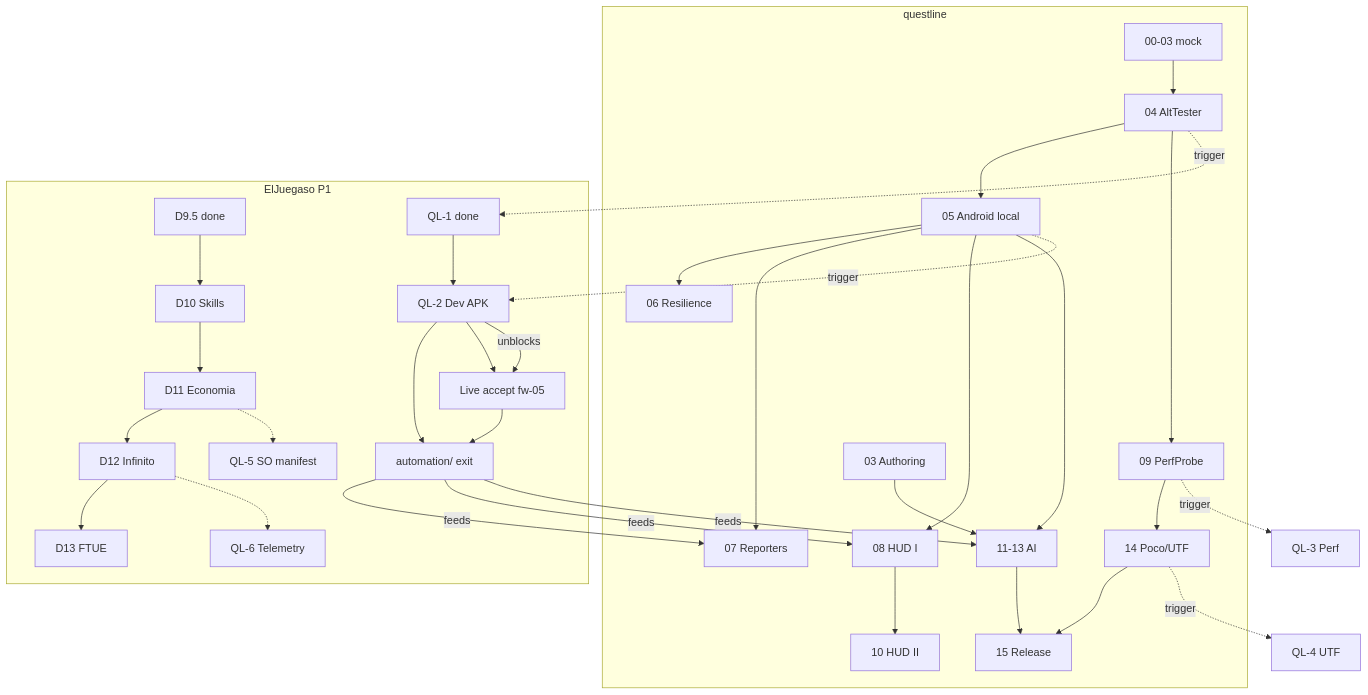
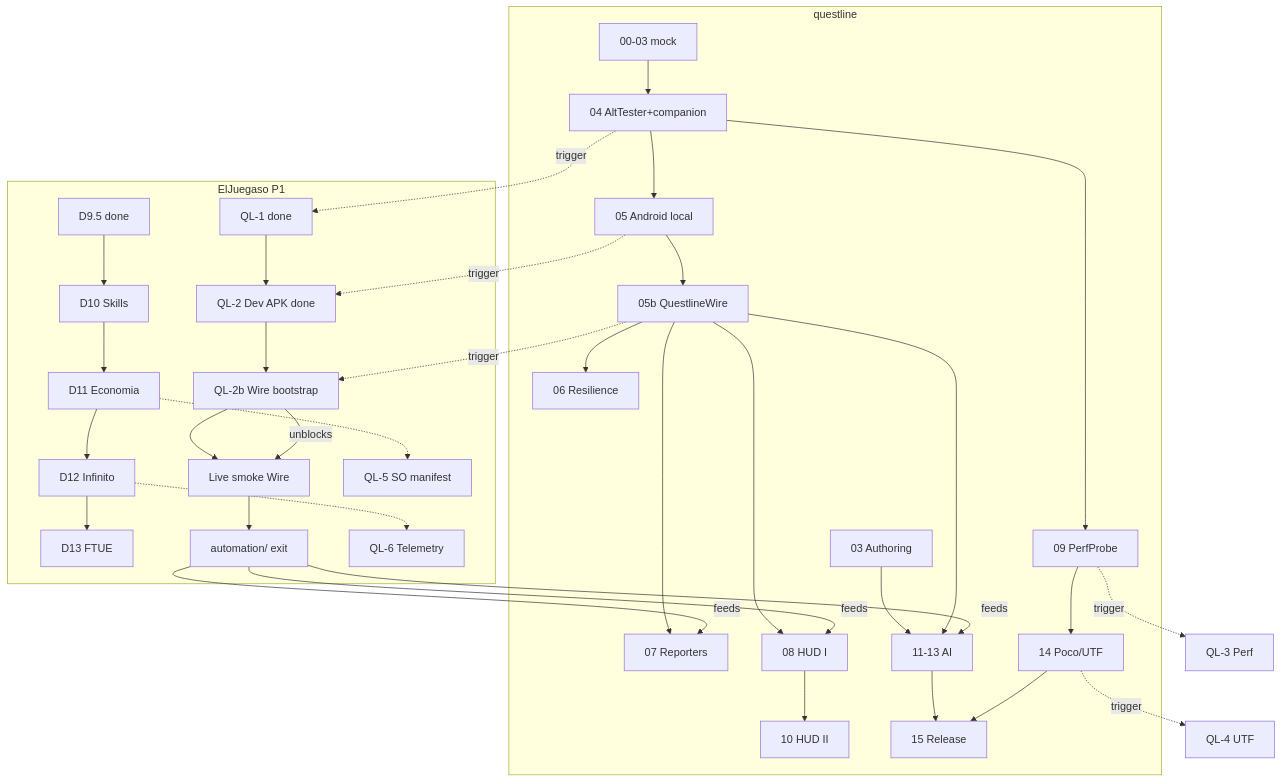
The diagram in docs/STATUS-DUAL.md (Knutronko/questline), drawn with Mermaid before and after one commit. The commit also changed other lines of this file and 12 other files, not shown here.

First line of the commit message:
docs(phase-05b): QuestlineWire ADR + brief (Gate A)

````diff
--- a/docs/STATUS-DUAL.md
+++ b/docs/STATUS-DUAL.md
@@ -75,39 +79,41 @@
 ```mermaid
 flowchart TB
   subgraph QL[questline]
-    Q0[00-03 mock] --> Q4[04 AltTester]
+    Q0[00-03 mock] --> Q4[04 AltTester+companion]
     Q4 --> Q5[05 Android local]
-    Q5 --> Q6[06 Resilience]
-    Q5 --> Q7[07 Reporters]
-    Q5 --> Q8[08 HUD I]
+    Q5 --> Q5b[05b QuestlineWire]
+    Q5b --> Q6[06 Resilience]
+    Q5b --> Q7[07 Reporters]
+    Q5b --> Q8[08 HUD I]
     Q4 --> Q9[09 PerfProbe]
     Q8 --> Q10[10 HUD II]
     Q3[03 Authoring] --> Q11[11-13 AI]
-    Q5 --> Q11
+    Q5b --> Q11
     Q9 --> Q14[14 Poco/UTF]
     Q11 --> Q15[15 Release]
     Q14 --> Q15
   end
 
   subgraph Game[ElJuegaso P1]
     D95[D9.5 done] --> D10[D10 Skills]
     D10 --> D11[D11 Economia]
     D11 --> D12[D12 Infinito]
     D12 --> D13[D13 FTUE]
-    QL1[QL-1 done] --> QL2[QL-2 Dev APK]
-    QL2 --> Auto[automation/ exit]
-    QL2 --> Live05[Live accept fw-05]
-    Live05 --> Auto
+    QL1[QL-1 done] --> QL2[QL-2 Dev APK done]
+    QL2 --> QL2b[QL-2b Wire bootstrap]
+    QL2b --> LiveSmoke[Live smoke Wire]
+    LiveSmoke --> Auto[automation/ exit]
     D11 -.-> QL5[QL-5 SO manifest]
     D12 -.-> QL6[QL-6 Telemetry]
   end
 
   Q4 -.->|trigger| QL1
   Q5 -.->|trigger| QL2
+  Q5b -.->|trigger| QL2b
   Q9 -.->|trigger| QL3[QL-3 Perf]
   Q14 -.->|trigger| QL4[QL-4 UTF]
-  QL2 -->|unblocks| Live05
+  QL2b -->|unblocks| LiveSmoke
   Auto -->|feeds| Q7
   Auto -->|feeds| Q8
   Auto -->|feeds| Q11
 ```
````
